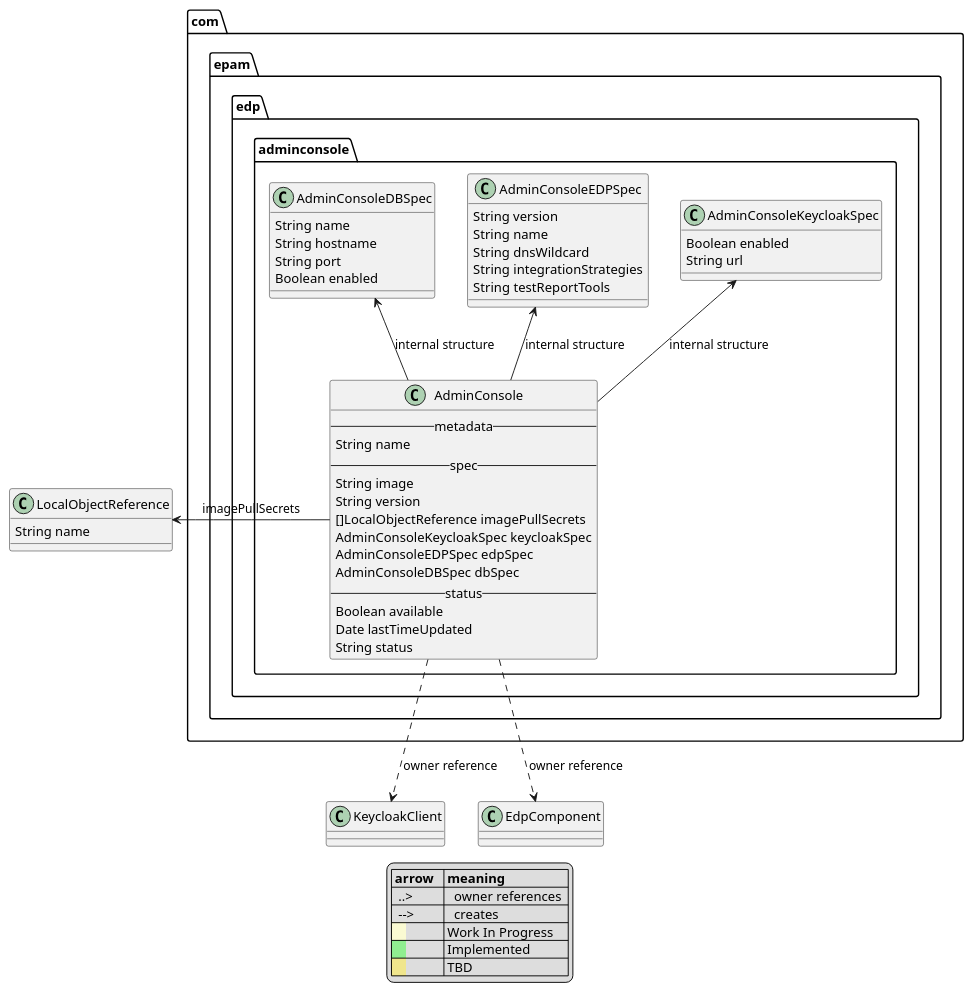
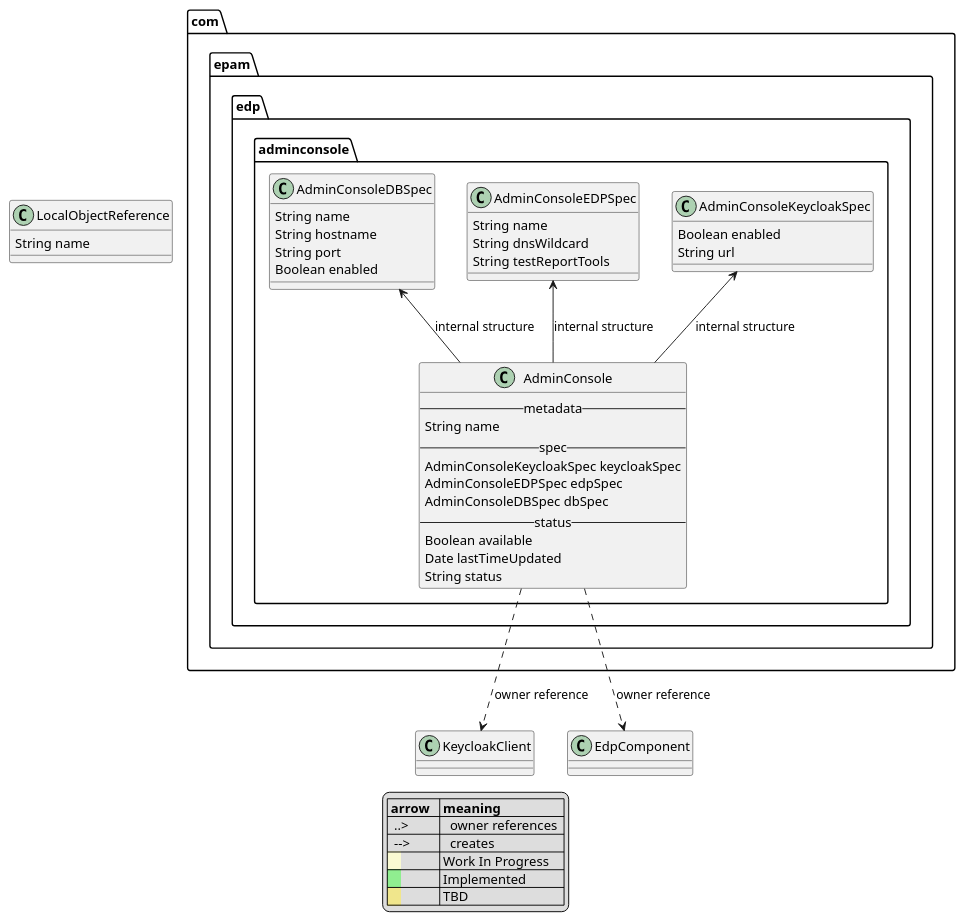
One commit to epam/edp-admin-console-operator changed the diagram in documentation/puml/arch.puml. Above: the diagram before and after it, drawn with PlantUML. The commit also changed 7 other files, not shown here.

Commit message:
[EPMDEDP-10148]: refactor: Deprecate unused Spec components for admin-console v1

```diff
--- a/documentation/puml/arch.puml
+++ b/documentation/puml/arch.puml
@@ -1,64 +1,58 @@
 @startuml
 
 package com.epam.edp.adminconsole {
     class AdminConsole {
     -- metadata --
         String name
     -- spec --
-        String image
-        String version
-        []LocalObjectReference imagePullSecrets
         AdminConsoleKeycloakSpec keycloakSpec
         AdminConsoleEDPSpec edpSpec
         AdminConsoleDBSpec dbSpec
     -- status --
         Boolean available
         Date lastTimeUpdated
         String status
     }
 
     class AdminConsoleKeycloakSpec {
         Boolean enabled
         String url
     }
     AdminConsoleKeycloakSpec <-- AdminConsole : "internal structure"
 
     class AdminConsoleEDPSpec {
-        String version
         String name
         String dnsWildcard
-        String integrationStrategies
         String testReportTools
     }
     AdminConsoleEDPSpec <-- AdminConsole : "internal structure"
 
     class AdminConsoleDBSpec {
         String name
         String hostname
         String port
         Boolean enabled
     }
     AdminConsoleDBSpec <-- AdminConsole : "internal structure"
 }
 class LocalObjectReference {
     String name
 }
-AdminConsole -l-> LocalObjectReference : imagePullSecrets
 KeycloakClient <.u. AdminConsole : "owner reference"
 EdpComponent <.u. AdminConsole : "owner reference"
 
 legend
 |= arrow   |= meaning|
 |  ..>     |   owner references  |
 |  -->     |   creates     |
 |<back:LightGoldenRodYellow>    </back>| Work In Progress |
 |<back:LightGreen>    </back>| Implemented |
 |<back:Khaki>    </back>| TBD |
 endlegend
 
 skinparam class {
 	backgroundColor<<impl>> LightGoldenRodYellow
 	backgroundColor<<wip>> LightGreen
 	backgroundColor<<tbd>> Khaki
 }
 @enduml
```
